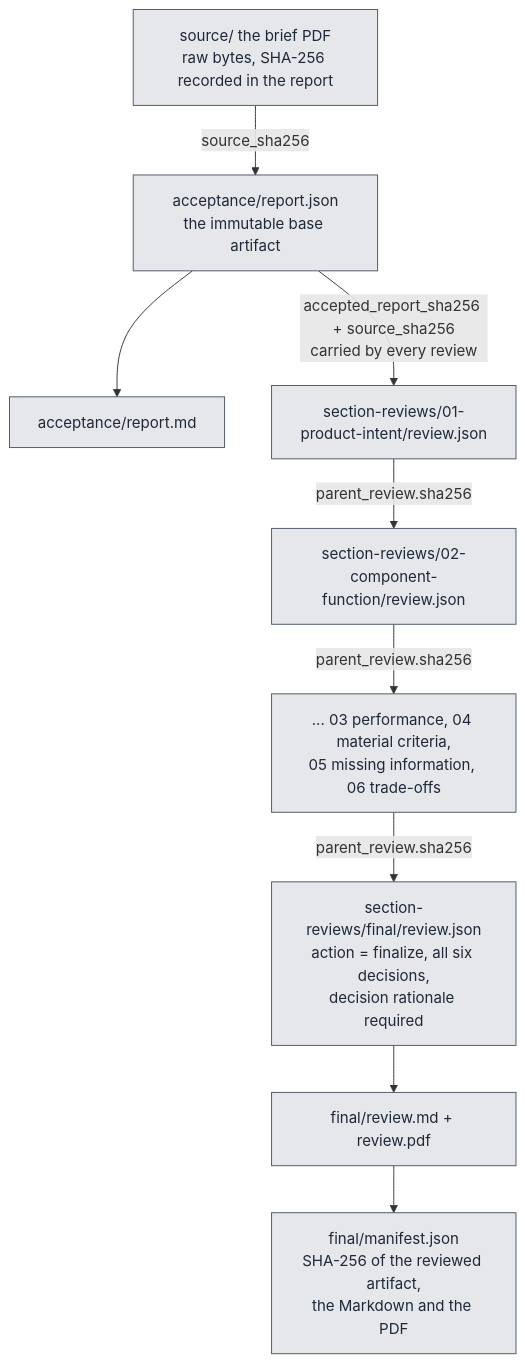
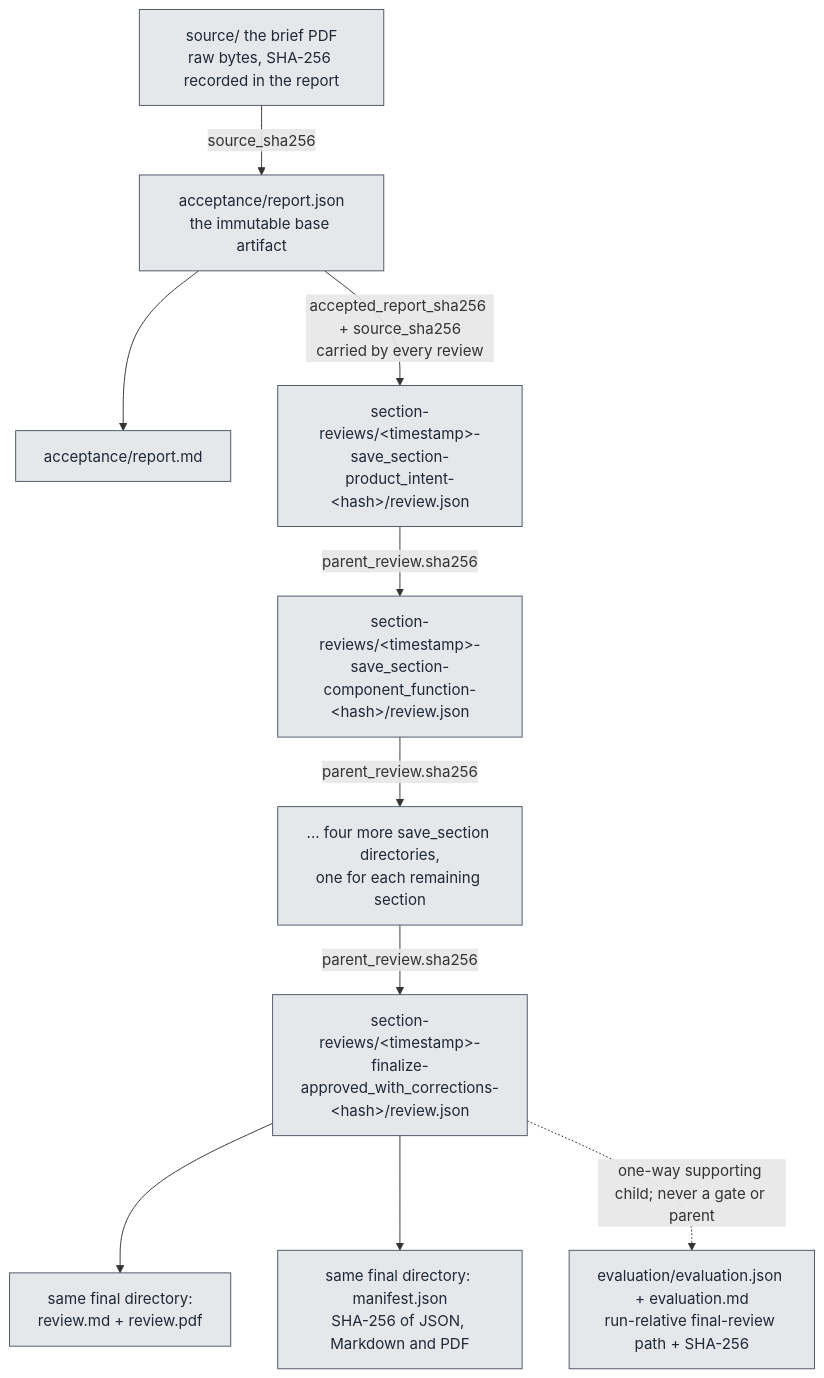
One commit to Ninadnj/traceable-brief-translator changed the third of 3 diagrams in README.md. Above: the diagram before and after it, drawn with Mermaid. The commit also changed other lines of this file and 45 other files, not shown here.

````diff
--- a/README.md
+++ b/README.md
@@ -275,20 +288,23 @@
 ```mermaid
 flowchart TB
     SRC["source/ the brief PDF<br/>raw bytes, SHA-256 recorded in the report"]:::io
     RJ["acceptance/report.json<br/>the immutable base artifact"]:::io
     RM["acceptance/report.md"]:::io
-    R1["section-reviews/01-product-intent/review.json"]:::io
-    R2["section-reviews/02-component-function/review.json"]:::io
-    RN["... 03 performance, 04 material criteria,<br/>05 missing information, 06 trade-offs"]:::io
-    FR["section-reviews/final/review.json<br/>action = finalize, all six decisions,<br/>decision rationale required"]:::io
-    FM["final/review.md + review.pdf"]:::io
-    MAN["final/manifest.json<br/>SHA-256 of the reviewed artifact,<br/>the Markdown and the PDF"]:::io
+    R1["section-reviews/&lt;timestamp&gt;-save_section-<br/>product_intent-&lt;hash&gt;/review.json"]:::io
+    R2["section-reviews/&lt;timestamp&gt;-save_section-<br/>component_function-&lt;hash&gt;/review.json"]:::io
+    RN["... four more save_section directories,<br/>one for each remaining section"]:::io
+    FR["section-reviews/&lt;timestamp&gt;-finalize-<br/>approved_with_corrections-&lt;hash&gt;/review.json"]:::io
+    FM["same final directory:<br/>review.md + review.pdf"]:::io
+    MAN["same final directory: manifest.json<br/>SHA-256 of JSON, Markdown and PDF"]:::io
+    EV["evaluation/evaluation.json + evaluation.md<br/>run-relative final-review path + SHA-256"]:::io
 
     SRC -->|"source_sha256"| RJ
     RJ --> RM
     RJ -->|"accepted_report_sha256 + source_sha256<br/>carried by every review"| R1
     R1 -->|"parent_review.sha256"| R2 -->|"parent_review.sha256"| RN -->|"parent_review.sha256"| FR
-    FR --> FM --> MAN
+    FR --> FM
+    FR --> MAN
+    FR -.->|"one-way supporting child; never a gate or parent"| EV
 
     classDef io fill:#e5e7eb,stroke:#4b5563,stroke-width:1px,color:#1f2937;
 ```
````
